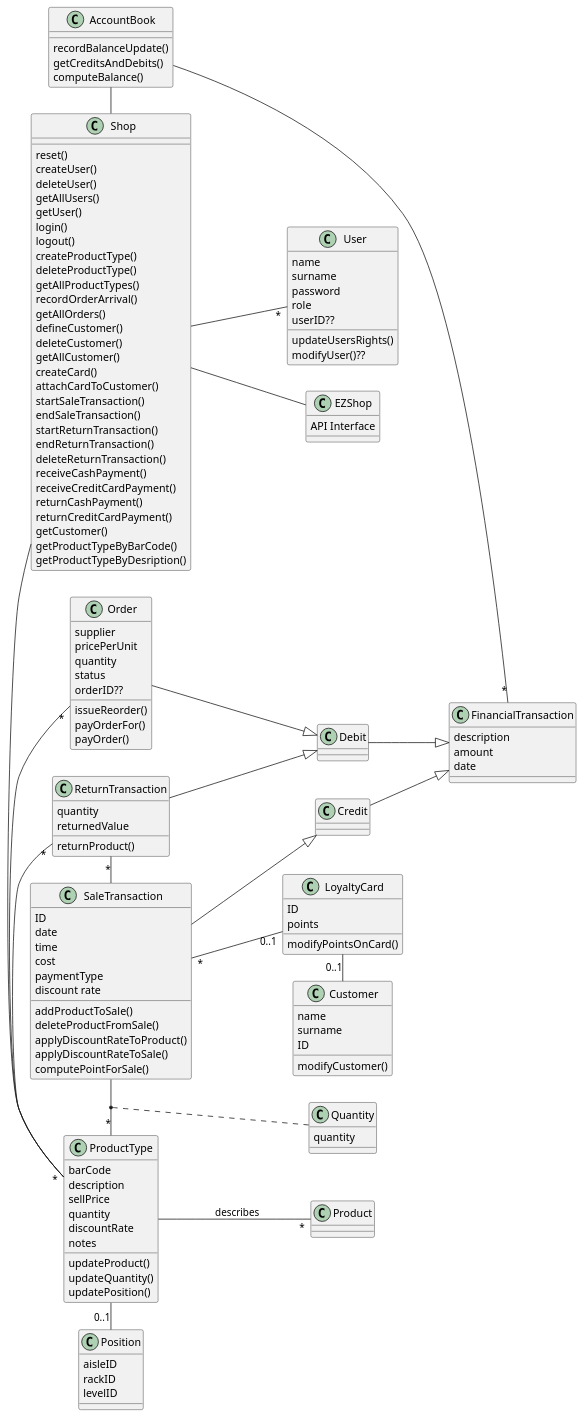
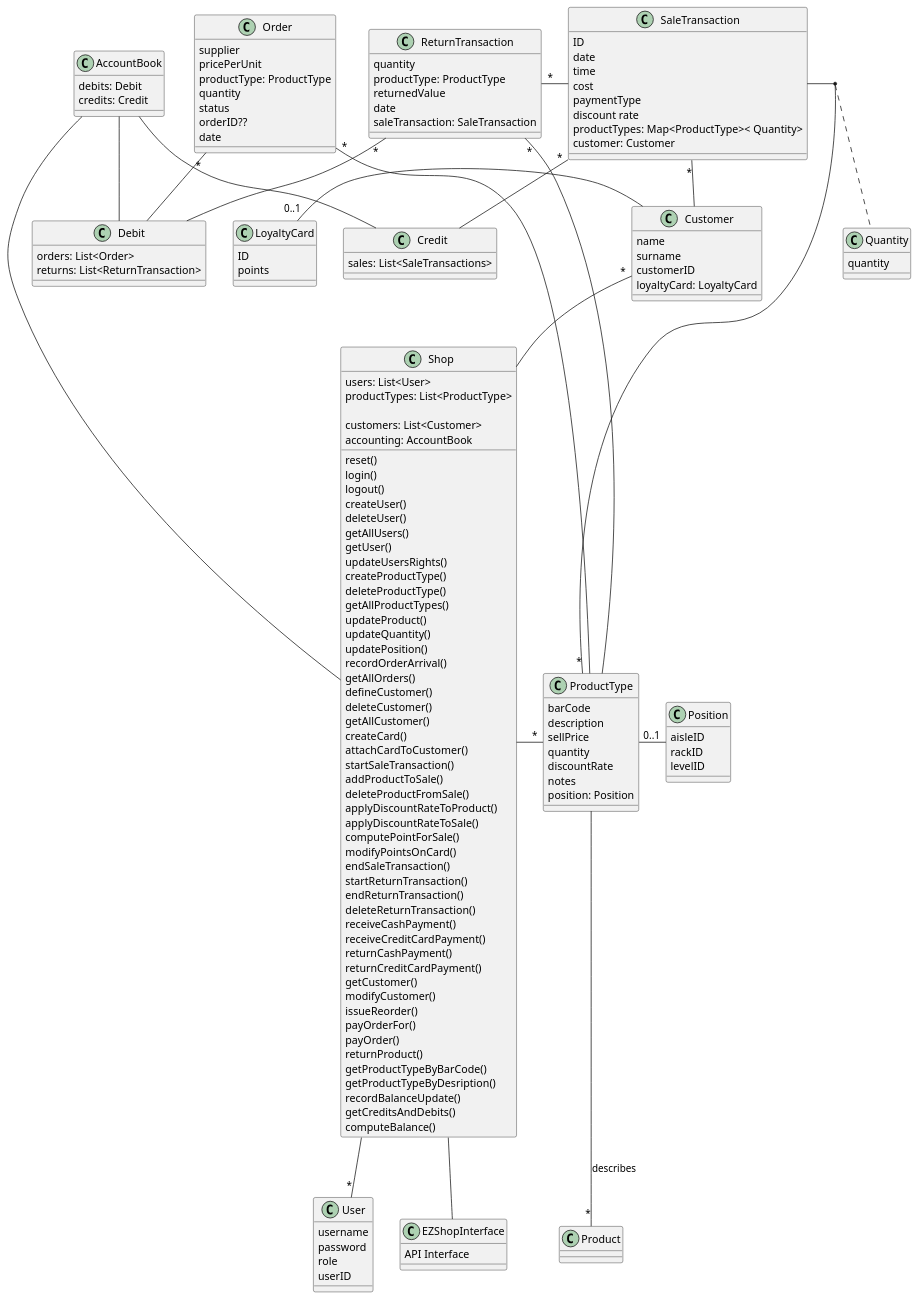
One commit to b3xul/ezshop changed the second of 4 diagrams in Deliverables/DesignDocument.md. Above: the diagram before and after it, drawn with PlantUML.

Commit message:
updated class diagram

````diff
--- a/Deliverables/DesignDocument.md
+++ b/Deliverables/DesignDocument.md
@@ -53,21 +53,31 @@
 ```plantuml
 @startuml
 
-left to right direction
-class EZShop{
+
+class EZShopInterface{
     API Interface
 }
 class Shop{
+    users: List<User>
+    productTypes: List<ProductType>
+    
+    customers: List<Customer>
+    accounting: AccountBook
+
     reset()
+    login()
+    logout()
     createUser()
     deleteUser()
     getAllUsers()
     getUser()
-    login()
-    logout()
+    updateUsersRights()
     createProductType()
     deleteProductType()
     getAllProductTypes()
+    updateProduct()
+    updateQuantity()
+    updatePosition()
     recordOrderArrival()
     getAllOrders()
     defineCustomer()
@@ -76,6 +86,12 @@
     createCard()
     attachCardToCustomer()
     startSaleTransaction()
+    addProductToSale()
+    deleteProductFromSale()
+    applyDiscountRateToProduct()
+    applyDiscountRateToSale()
+    computePointForSale()
+    modifyPointsOnCard()
     endSaleTransaction()
     startReturnTransaction()
     endReturnTransaction()
@@ -85,42 +101,44 @@
     returnCashPayment()
     returnCreditCardPayment()
     getCustomer()
+    modifyCustomer()
+    issueReorder()
+    payOrderFor()
+    payOrder()
+    returnProduct()
     getProductTypeByBarCode()
     getProductTypeByDesription()
-}
-class User{
-    name
-    surname
-    password
-    role
-    userID??
-    updateUsersRights()
-    modifyUser()??
-}
-Shop -- EZShop
-Shop -- "*" User 
-class AccountBook{
     recordBalanceUpdate()
     getCreditsAndDebits()
     computeBalance()
 }
-AccountBook - Shop
-class FinancialTransaction {
- description
- amount
- date
+class User{
+    username
+    password
+    role
+    userID
 }
-AccountBook -- "*" FinancialTransaction
 
-class Credit 
-class Debit
+Shop -- EZShopInterface
+Shop -- "*" User 
+class AccountBook{
+    debits: Debit
+    credits: Credit
+    
+}
+AccountBook -- Shop
 
-Credit --|> FinancialTransaction
-Debit --|> FinancialTransaction
 
-class Order
+class Debit{
+    orders: List<Order>
+    returns: List<ReturnTransaction>
+}
+class Credit{
+    sales: List<SaleTransactions>
+}
 
-Order --|> Debit
+AccountBook --  Credit
+AccountBook --  Debit
 
 
 class ProductType{
@@ -130,11 +148,7 @@
     quantity
     discountRate
     notes
-    
-    updateProduct()
-    updateQuantity()
-    updatePosition()
-    
+    position: Position
 }
 
 Shop - "*" ProductType
@@ -146,11 +160,9 @@
     cost
     paymentType
     discount rate
-    addProductToSale()
-    deleteProductFromSale()
-    applyDiscountRateToProduct()
-    applyDiscountRateToSale()
-    computePointForSale()
+    productTypes: Map<ProductType>< Quantity>
+    customer: Customer
+    
 }
 SaleTransaction - "*" ProductType
 
@@ -162,23 +174,20 @@
 class LoyaltyCard {
     ID
     points
-    modifyPointsOnCard()
 }
 
 class Customer {
     name
     surname
-    ID
-    modifyCustomer()
+    customerID
+    loyaltyCard: LoyaltyCard
+    
+    
 }
 
 LoyaltyCard "0..1" - Customer
 
-SaleTransaction "*" -- "0..1" LoyaltyCard
-
-class Product {
-    
-}
+SaleTransaction "*" --  Customer
 
 class Position {
     aisleID
@@ -193,26 +202,31 @@
 class Order {
   supplier
   pricePerUnit
+  productType: ProductType
   quantity
   status
   orderID??
-  issueReorder()
-  payOrderFor()
-  payOrder()
+  date
 }
 
 Order "*" - ProductType
+Order "*"-- Debit
+
 
 class ReturnTransaction {
   quantity
+  productType: ProductType
   returnedValue
-  returnProduct()
+  date
+  saleTransaction: SaleTransaction
+  
 }
 
 ReturnTransaction "*" - SaleTransaction
 ReturnTransaction "*" - ProductType
-ReturnTransaction --|> Debit
-SaleTransaction --|> Credit
+ReturnTransaction "*"-- Debit
+SaleTransaction "*"-- Credit
+Customer "*" -- Shop
 
 @enduml
 ```
````
